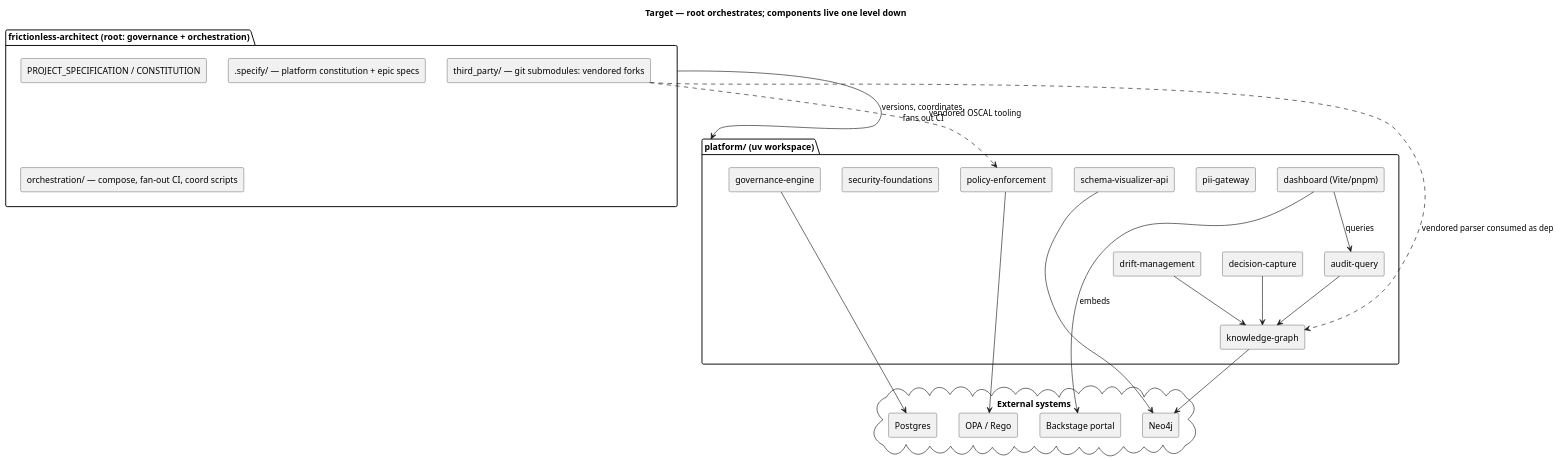
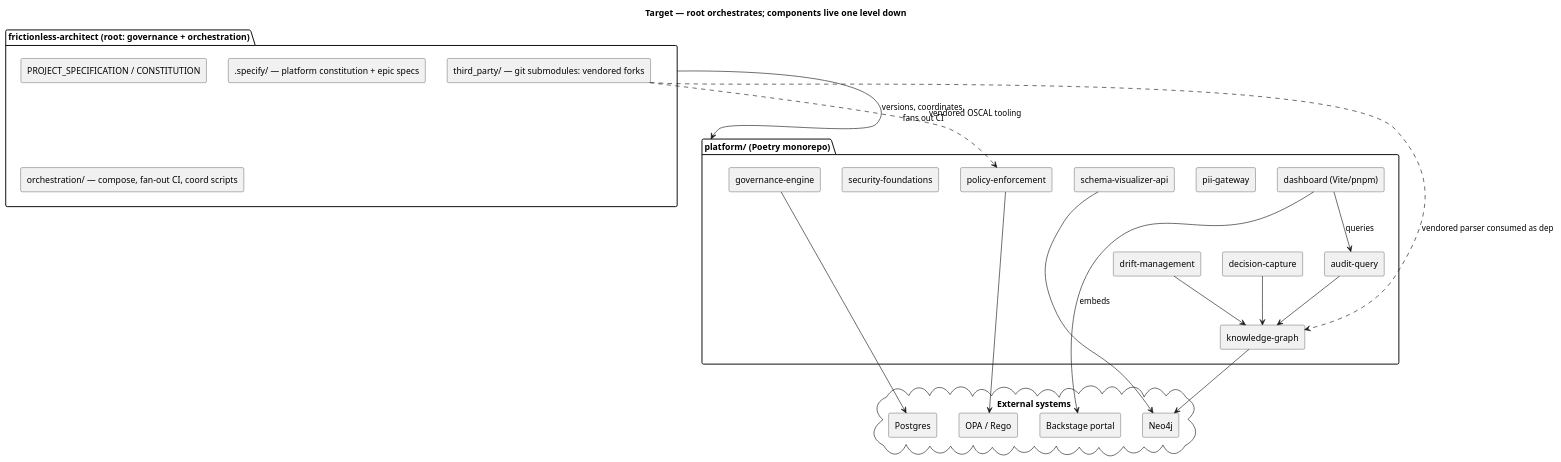
The second of 4 diagrams in ARCHITECTURE.md (wolffy-au/frictionless-architect), drawn with PlantUML before and after one commit. The commit also changed other lines of this file and 1 other file, not shown here.

First line of the commit message:
docs: record Poetry (not uv) as the package manager

````diff
--- a/ARCHITECTURE.md
+++ b/ARCHITECTURE.md
@@ -128,46 +128,46 @@
 ```plantuml
 @startuml
 title Target — root orchestrates; components live one level down
 skinparam componentStyle rectangle
 
 package "frictionless-architect (root: governance + orchestration)" as root {
   [PROJECT_SPECIFICATION / CONSTITUTION] as vision
   [.specify/ — platform constitution + epic specs] as pspeckit
   [orchestration/ — compose, fan-out CI, coord scripts] as orch
   [third_party/ — git submodules: vendored forks] as forks
 }
 
-package "platform/ (uv workspace)" as ws {
+package "platform/ (Poetry monorepo)" as ws {
   [governance-engine] as c1
   [pii-gateway] as c1b
   [knowledge-graph] as c2
   [decision-capture] as c3
   [policy-enforcement] as c4
   [drift-management] as c5
   [audit-query] as c6
   [dashboard (Vite/pnpm)] as c7
   [security-foundations] as c8
   [schema-visualizer-api] as cv
 }
 
 cloud "External systems" {
   [Neo4j] as neo4j
   [Postgres] as pg
   [OPA / Rego] as opa
   [Backstage portal] as backstage
 }
 
 root --> ws : versions, coordinates,\nfans out CI
 forks ..> c2 : vendored parser consumed as dep
 forks ..> c4 : vendored OSCAL tooling
 c2 --> neo4j
 c1 --> pg
 c4 --> opa
 c7 --> backstage : embeds
 c7 --> c6 : queries
 cv --> neo4j
 c6 --> c2
 c3 --> c2
 c5 --> c2
 @enduml
 ```
````
